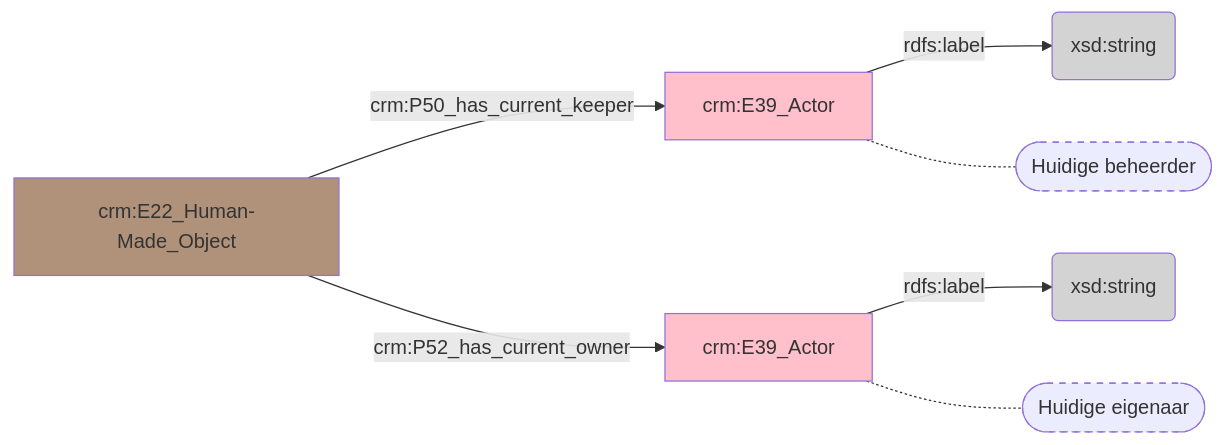
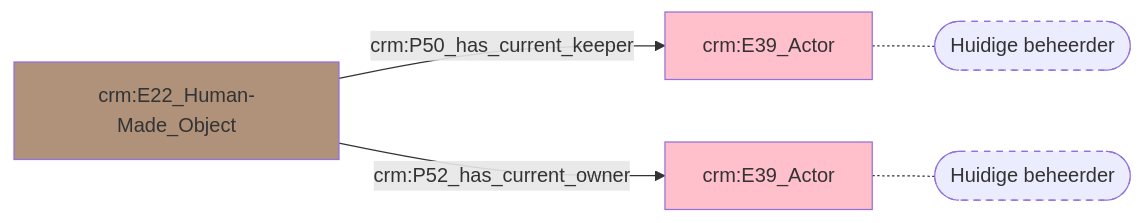
The diagram in docs/content/modellen/MuseologicalObject/Context.md (digipolisantwerpdocumentation/antwerp-cultureel-erfgoed), drawn with Mermaid before and after one commit. The commit also changed 170 other files, not shown here.

````diff
--- a/docs/content/modellen/MuseologicalObject/Context.md
+++ b/docs/content/modellen/MuseologicalObject/Context.md
@@ -1,16 +1,12 @@
 ```mermaid
 graph LR
-e3f399f0-eda2-11ed-9655-00163e71351b["crm:E39_Actor"]-->|"rdfs:label"|e3f39d10-eda2-11ed-9655-00163e71351b(xsd:string)
-fa955724-dd27-11ed-9655-00163e71351b["crm:E39_Actor"]-->|"rdfs:label"|fa95cf6a-dd27-11ed-9655-00163e71351b(xsd:string)
+style e3f399f0-eda2-11ed-9655-00163e71351b fill:#ffc0cb
+style fa955724-dd27-11ed-9655-00163e71351b fill:#ffc0cb
+style fa95cea2-dd27-11ed-9655-00163e71351b fill:#B0927A
 fa95cea2-dd27-11ed-9655-00163e71351b["crm:E22_Human-Made_Object"]-->|"crm:P50_has_current_keeper"|e3f399f0-eda2-11ed-9655-00163e71351b["crm:E39_Actor"]
 fa95cea2-dd27-11ed-9655-00163e71351b["crm:E22_Human-Made_Object"]-->|"crm:P52_has_current_owner"|fa955724-dd27-11ed-9655-00163e71351b["crm:E39_Actor"]
-e3f399f0-eda2-11ed-9655-00163e71351b["crm:E39_Actor"]-.-e3f399f0-eda2-11ed-9655-00163e71351b_s(["Huidige beheerder"])
-fa955724-dd27-11ed-9655-00163e71351b["crm:E39_Actor"]-.-fa955724-dd27-11ed-9655-00163e71351b_s(["Huidige eigenaar"])
 style e3f399f0-eda2-11ed-9655-00163e71351b_s stroke-dasharray: 5
 style fa955724-dd27-11ed-9655-00163e71351b_s stroke-dasharray: 5
-style e3f399f0-eda2-11ed-9655-00163e71351b fill:#ffc0cb
-style e3f39d10-eda2-11ed-9655-00163e71351b fill:#D3D3D3
-style fa955724-dd27-11ed-9655-00163e71351b fill:#ffc0cb
-style fa95cea2-dd27-11ed-9655-00163e71351b fill:#B0927A
-style fa95cf6a-dd27-11ed-9655-00163e71351b fill:#D3D3D3
+e3f399f0-eda2-11ed-9655-00163e71351b["crm:E39_Actor"]-.-e3f399f0-eda2-11ed-9655-00163e71351b_s(["Huidige beheerder"])
+fa955724-dd27-11ed-9655-00163e71351b["crm:E39_Actor"]-.-fa955724-dd27-11ed-9655-00163e71351b_s(["Huidige beheerder"])
 ```
````
